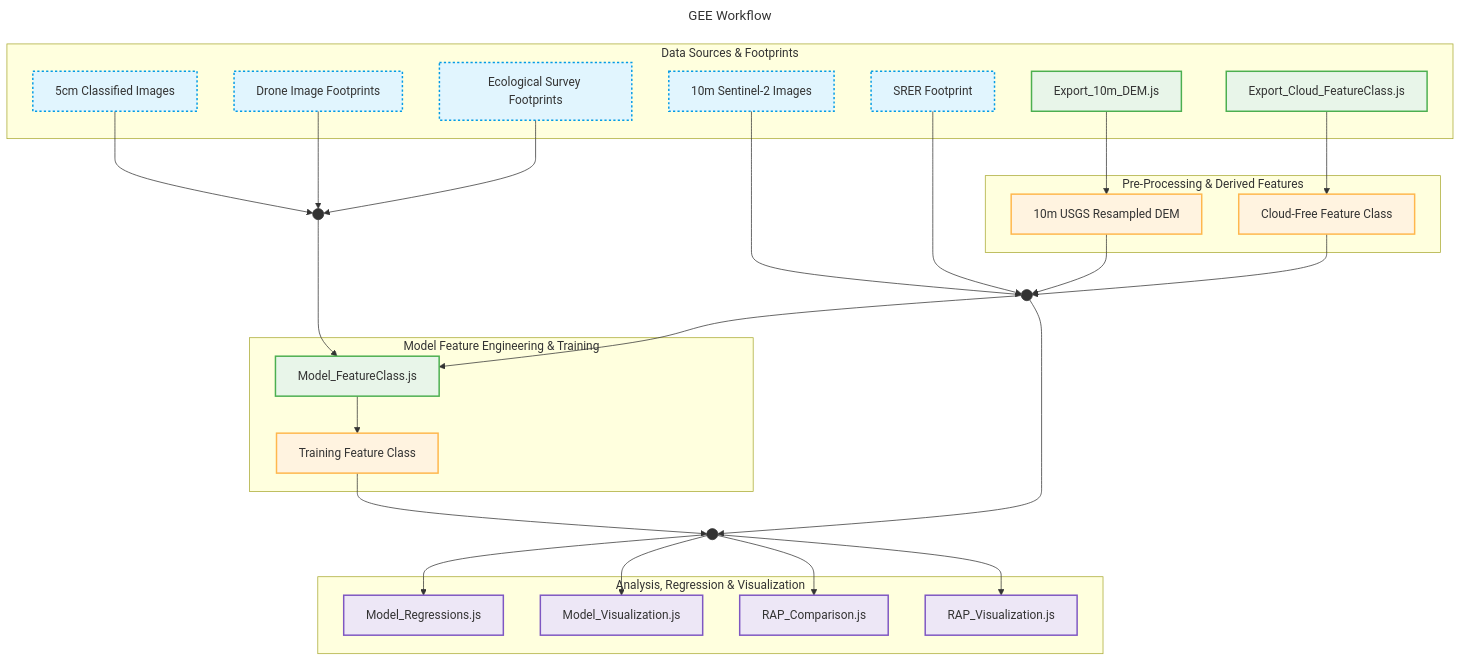
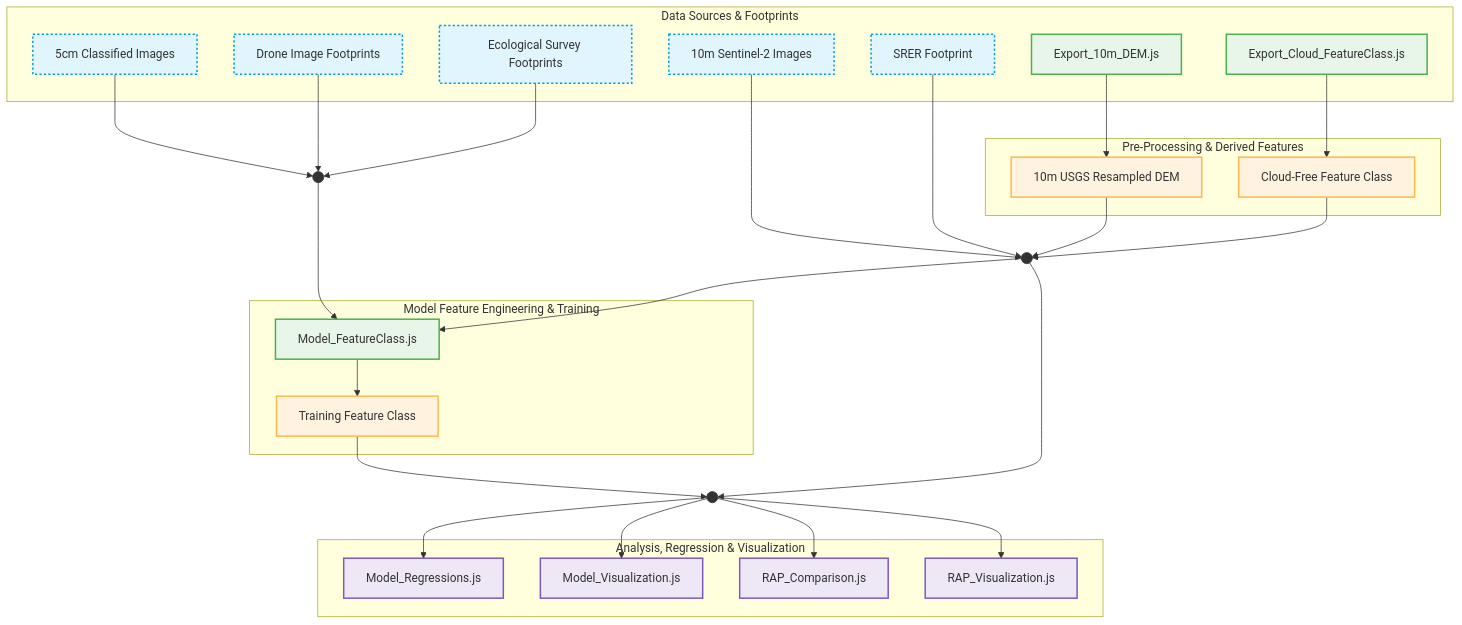
The diagram in README.md (afullhart/SantaRita), drawn with Mermaid before and after one commit. The commit also changed other lines of this file, not shown here.

````diff
--- a/README.md
+++ b/README.md
@@ -2,7 +2,4 @@
 ```mermaid
----
-title: GEE Workflow
----
 graph TD
   %% Styling Definitions
   classDef input fill:#e1f5fe,stroke:#039be5,stroke-width:2px,stroke-dasharray: 3 3;
````
